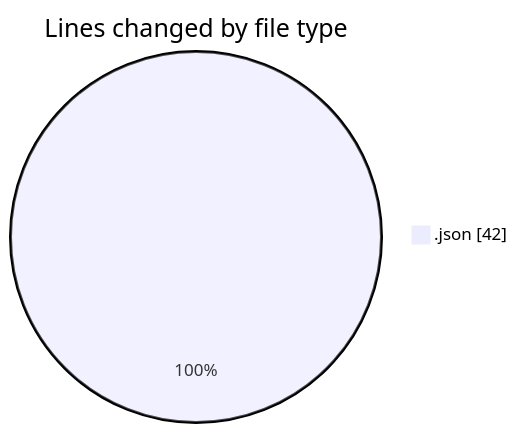
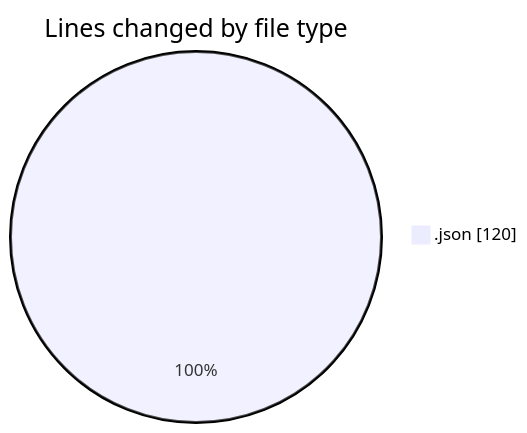
The first of 2 diagrams in 2024-12-31/nyah/README.md (3Nya3/code-tracking), drawn with Mermaid before and after one commit. The commit also changed other lines of this file and 1 other file, not shown here.

````diff
--- a/2024-12-31/nyah/README.md
+++ b/2024-12-31/nyah/README.md
@@ -20,5 +20,5 @@
 ```mermaid
 pie showData
 title Lines changed by file type
-".json" : 42
+".json" : 120
 ```
````
